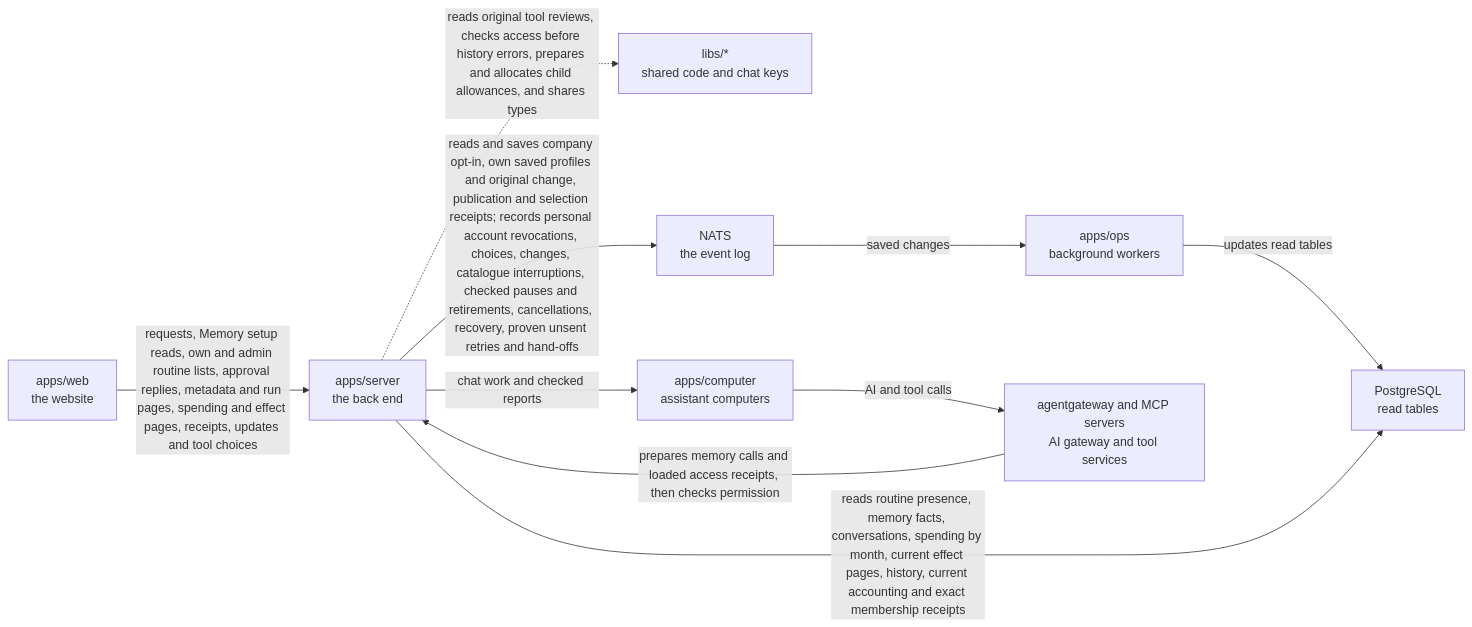
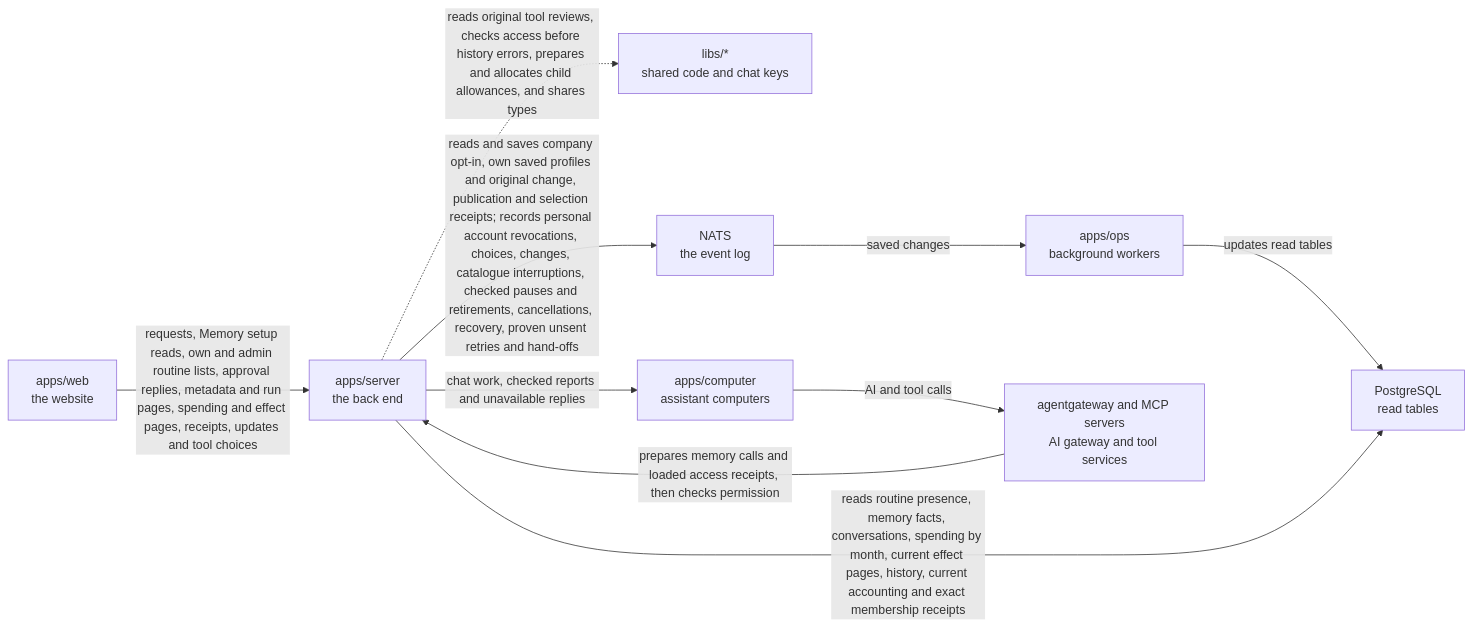
The diagram in apps/server/README.md (elewa-git/opencrane-new), drawn with Mermaid before and after one commit. The commit also changed other lines of this file and 6 other files, not shown here.

Commit message:
🧠 Acknowledge unavailable private replies without saving their content

````diff
--- a/apps/server/README.md
+++ b/apps/server/README.md
@@ -77,12 +80,12 @@
 ```mermaid
 flowchart LR
   web["apps/web<br/>the website"] -->|requests, Memory setup reads, own and admin routine lists, approval replies, metadata and run pages, spending and effect pages, receipts, updates and tool choices| server["apps/server<br/>the back end"]
   server -.->|reads original tool reviews, checks access before history errors, prepares and allocates child allowances, and shares types| libs["libs/*<br/>shared code and chat keys"]
   server -->|reads and saves company opt-in, own saved profiles and original change, publication and selection receipts; records personal account revocations, choices, changes, catalogue interruptions, checked pauses and retirements, cancellations, recovery, proven unsent retries and hand-offs| nats["NATS<br/>the event log"]
   nats -->|saved changes| ops["apps/ops<br/>background workers"]
   ops -->|updates read tables| postgres["PostgreSQL<br/>read tables"]
   server -->|reads routine presence, memory facts, conversations, spending by month, current effect pages, history, current accounting and exact membership receipts| postgres
-  server -->|chat work and checked reports| computer["apps/computer<br/>assistant computers"]
+  server -->|chat work, checked reports and unavailable replies| computer["apps/computer<br/>assistant computers"]
   computer -->|AI and tool calls| runtime["agentgateway and MCP servers<br/>AI gateway and tool services"]
   runtime -->|prepares memory calls and loaded access receipts, then checks permission| server
 ```
````
